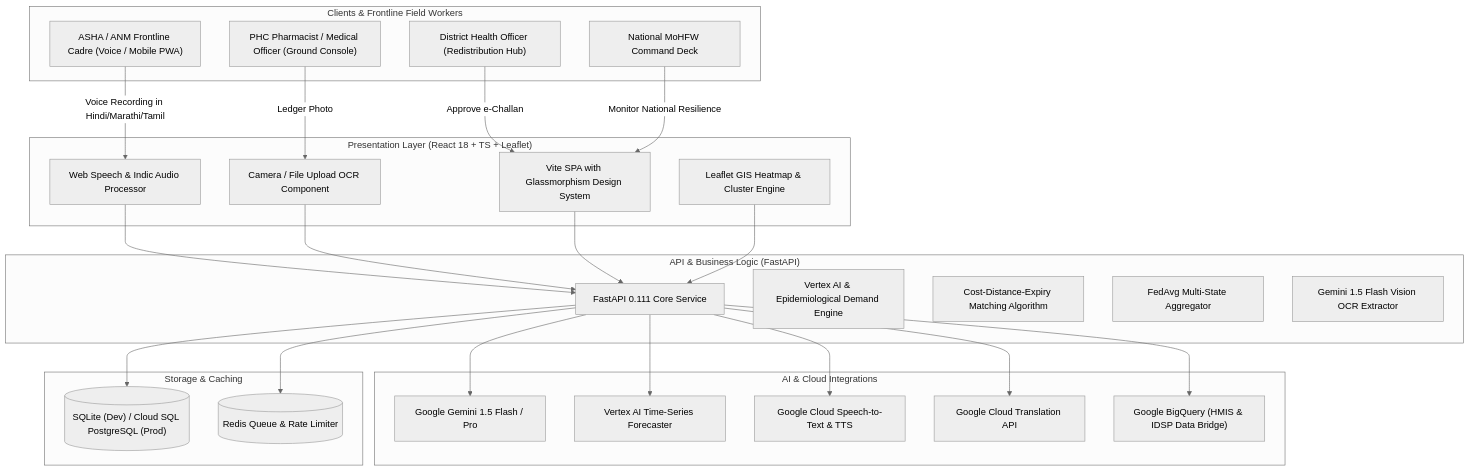
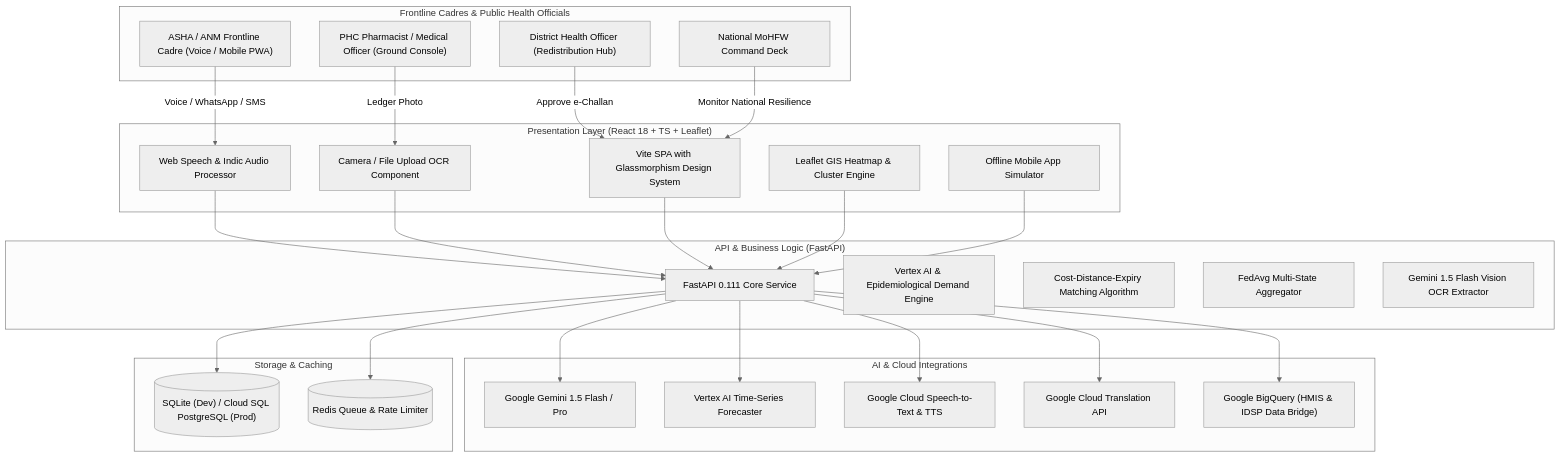
Before and after one commit to chiraghs/Sanjeevini: the diagram in README.md, drawn with Mermaid (neutral theme). The commit also changed other lines of this file and 2 other files, not shown here.

Commit message:
docs: add comprehensive AI/ML, offline architecture, and executive READMEs inspired by Civic-Pulse

````diff
--- a/README.md
+++ b/README.md
@@ -53,56 +64,58 @@
 ```mermaid
 flowchart TD
-    subgraph "Clients & Frontline Field Workers"
+    subgraph "Frontline Cadres & Public Health Officials"
         ASHA["ASHA / ANM Frontline Cadre (Voice / Mobile PWA)"]
         PHC["PHC Pharmacist / Medical Officer (Ground Console)"]
         DMO["District Health Officer (Redistribution Hub)"]
         MoHFW["National MoHFW Command Deck"]
     end
 
     subgraph "Presentation Layer (React 18 + TS + Leaflet)"
         UI["Vite SPA with Glassmorphism Design System"]
         GIS["Leaflet GIS Heatmap & Cluster Engine"]
         VoiceUI["Web Speech & Indic Audio Processor"]
         CameraUI["Camera / File Upload OCR Component"]
+        SimUI["Offline Mobile App Simulator"]
     end
 
     subgraph "API & Business Logic (FastAPI)"
         API["FastAPI 0.111 Core Service"]
         ForecastingService["Vertex AI & Epidemiological Demand Engine"]
         RedistributionService["Cost-Distance-Expiry Matching Algorithm"]
         FederatedCoordinator["FedAvg Multi-State Aggregator"]
         MultimodalService["Gemini 1.5 Flash Vision OCR Extractor"]
     end
 
     subgraph "AI & Cloud Integrations"
         Gemini["Google Gemini 1.5 Flash / Pro"]
         Vertex["Vertex AI Time-Series Forecaster"]
         STT["Google Cloud Speech-to-Text & TTS"]
         Translation["Google Cloud Translation API"]
         BigQuery["Google BigQuery (HMIS & IDSP Data Bridge)"]
     end
 
     subgraph "Storage & Caching"
         DB[("SQLite (Dev) / Cloud SQL PostgreSQL (Prod)")]
         RedisStore[("Redis Queue & Rate Limiter")]
     end
 
-    ASHA -->|Voice Recording in Hindi/Marathi/Tamil| VoiceUI
+    ASHA -->|Voice / WhatsApp / SMS| VoiceUI
     PHC -->|Ledger Photo| CameraUI
     DMO -->|Approve e-Challan| UI
     MoHFW -->|Monitor National Resilience| UI
 
     VoiceUI --> API
     CameraUI --> API
     UI --> API
     GIS --> API
+    SimUI --> API
 
     API --> Gemini
     API --> Vertex
     API --> STT
     API --> Translation
     API --> BigQuery
 
     API --> DB
     API --> RedisStore
 ```
````
